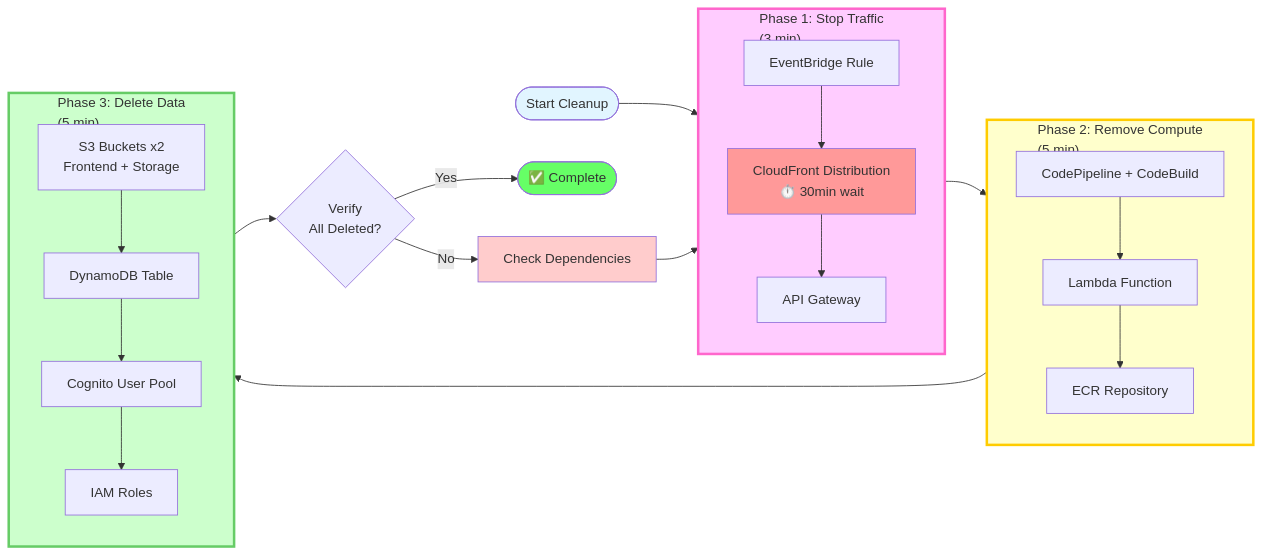
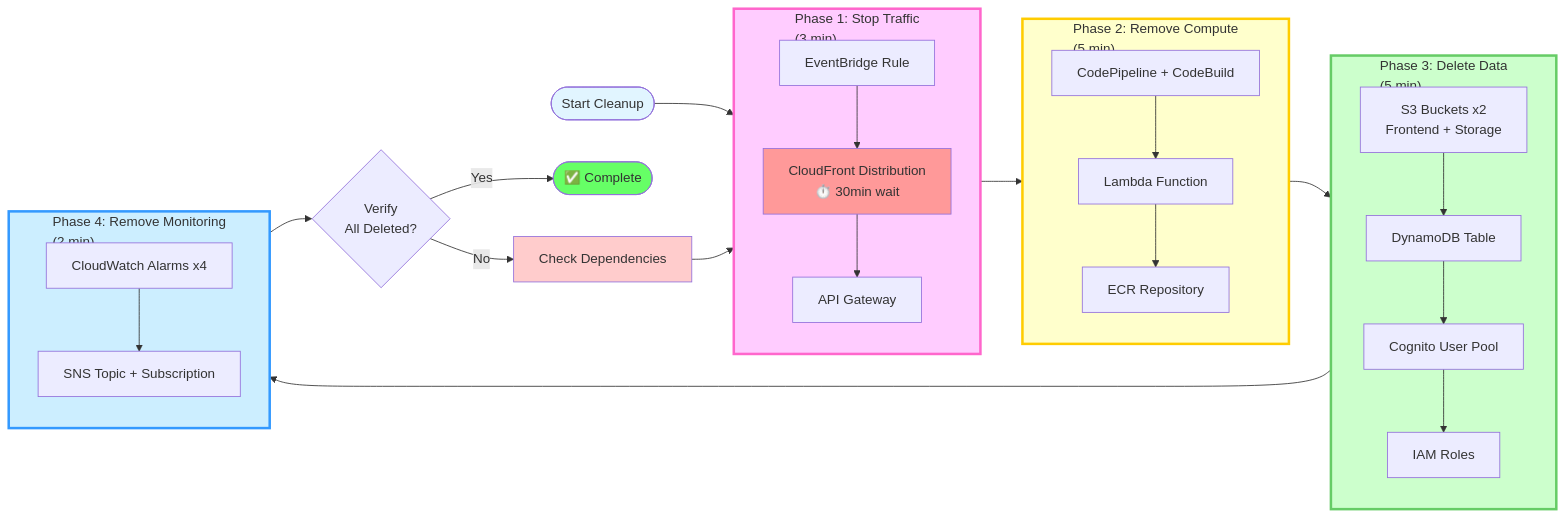
The fifth of 10 diagrams in MERMAID_DIAGRAMS.md (TakunKenjo/Workshop-AWS-Group-Report), drawn with Mermaid before and after one commit. The commit also changed other lines of this file and 35 other files, not shown here.

````diff
--- a/MERMAID_DIAGRAMS.md
+++ b/MERMAID_DIAGRAMS.md
@@ -259,43 +268,52 @@
 ```mermaid
 flowchart LR
     Start([Start Cleanup]) --> Phase1
     
     subgraph Phase1["Phase 1: Stop Traffic<br/>(3 min)"]
         E1[EventBridge Rule]
         E2[CloudFront Distribution<br/>⏱️ 30min wait]
         E3[API Gateway]
         E1 --> E2 --> E3
     end
     
     Phase1 --> Phase2
     
     subgraph Phase2["Phase 2: Remove Compute<br/>(5 min)"]
         C1[CodePipeline + CodeBuild]
         C2[Lambda Function]
         C3[ECR Repository]
         C1 --> C2 --> C3
     end
     
     Phase2 --> Phase3
     
     subgraph Phase3["Phase 3: Delete Data<br/>(5 min)"]
         D1[S3 Buckets x2<br/>Frontend + Storage]
         D2[DynamoDB Table]
         D3[Cognito User Pool]
         D4[IAM Roles]
         D1 --> D2 --> D3 --> D4
     end
     
-    Phase3 --> Verify{Verify<br/>All Deleted?}
+    Phase3 --> Phase4
+    
+    subgraph Phase4["Phase 4: Remove Monitoring<br/>(2 min)"]
+        M1[CloudWatch Alarms x4]
+        M2[SNS Topic + Subscription]
+        M1 --> M2
+    end
+    
+    Phase4 --> Verify{Verify<br/>All Deleted?}
     Verify -->|Yes| Done([✅ Complete])
     Verify -->|No| Error[Check Dependencies]
     Error --> Phase1
     
     style Start fill:#e1f5ff
     style Phase1 fill:#ffccff,stroke:#ff66cc,stroke-width:3px
     style Phase2 fill:#ffffcc,stroke:#ffcc00,stroke-width:3px
     style Phase3 fill:#ccffcc,stroke:#66cc66,stroke-width:3px
+    style Phase4 fill:#cceeff,stroke:#3399ff,stroke-width:3px
     style E2 fill:#ff9999
     style Done fill:#66ff66
     style Error fill:#ffcccc
 ```
````
